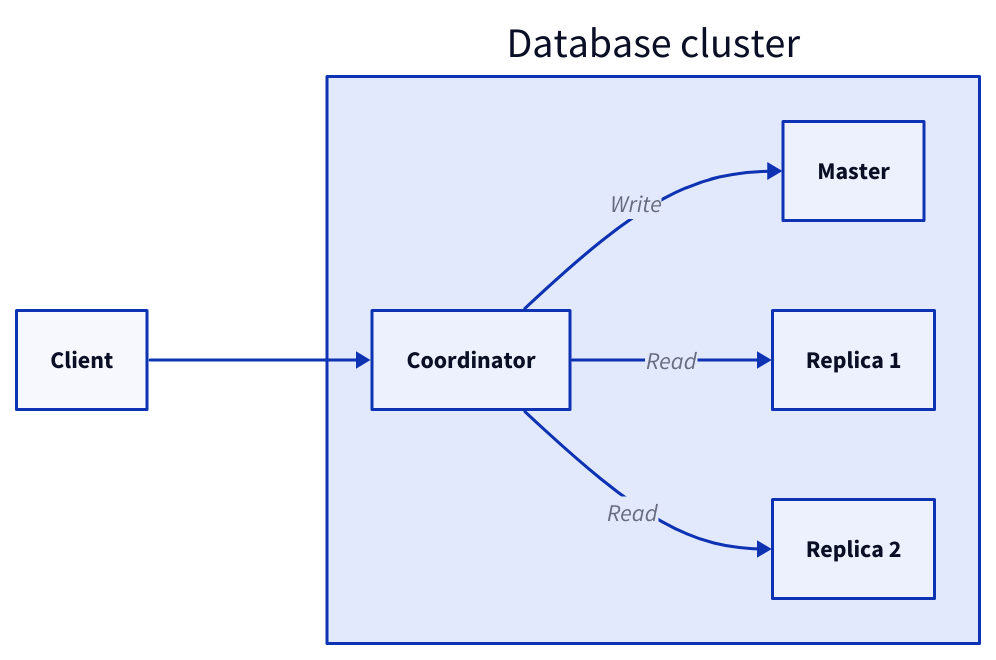
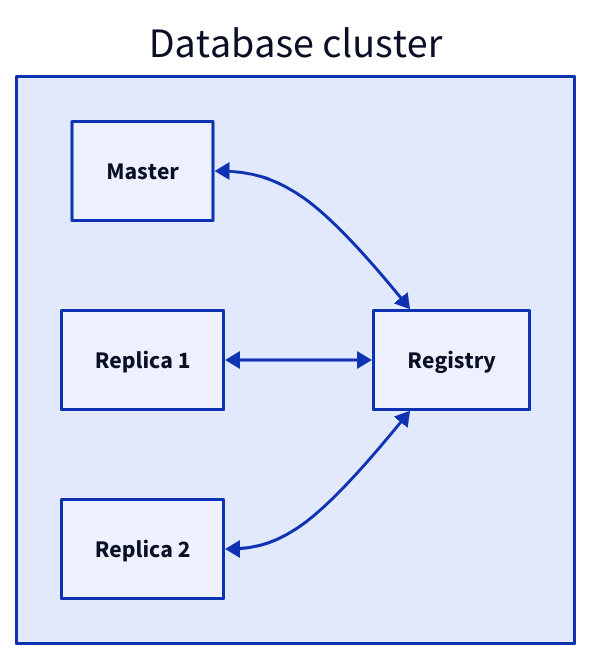
The third of 5 diagrams in content/data-persistence/distributed-database/master-slave-architecture.md (link1905/system-design-101), drawn with D2 before and after one commit. The commit also changed other lines of this file, not shown here.

````diff
--- a/content/data-persistence/distributed-database/master-slave-architecture.md
+++ b/content/data-persistence/distributed-database/master-slave-architecture.md
@@ -124,25 +110,20 @@
 ```d2
 direction: right
 db: Database cluster {
-  w: Master {
-    class: db
-  }
-  r1: Replica 1 {
-    class: db
-  }
-  r2: Replica 2 {
-    class: db
-  }
-  c: Coordinator {
+  s1: Master {
     class: server
   }
-  c -> w: "Write"
-  c -> r1: "Read"
-  c -> r2: "Read"
-
+  s2: Replica 1 {
+    class: server
+  }
+  s3: Replica 2 {
+    class: server
+  }
+  r: Registry {
+    class: server
+  }
+  s1 <-> r
+  s2 <-> r
+  s3 <-> r
 }
-s: Client {
-    class: client
-}
-s -> db.c
 ```
````
